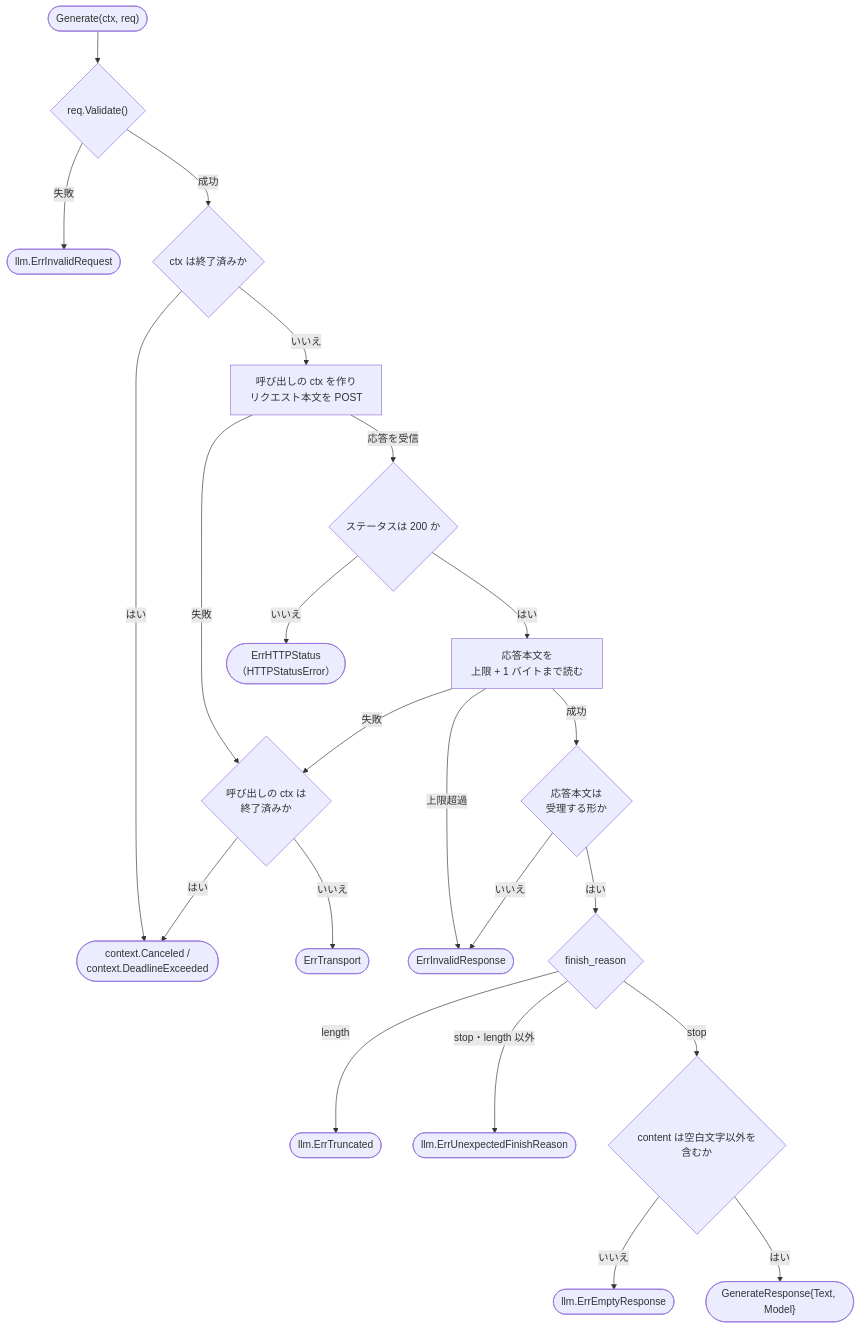
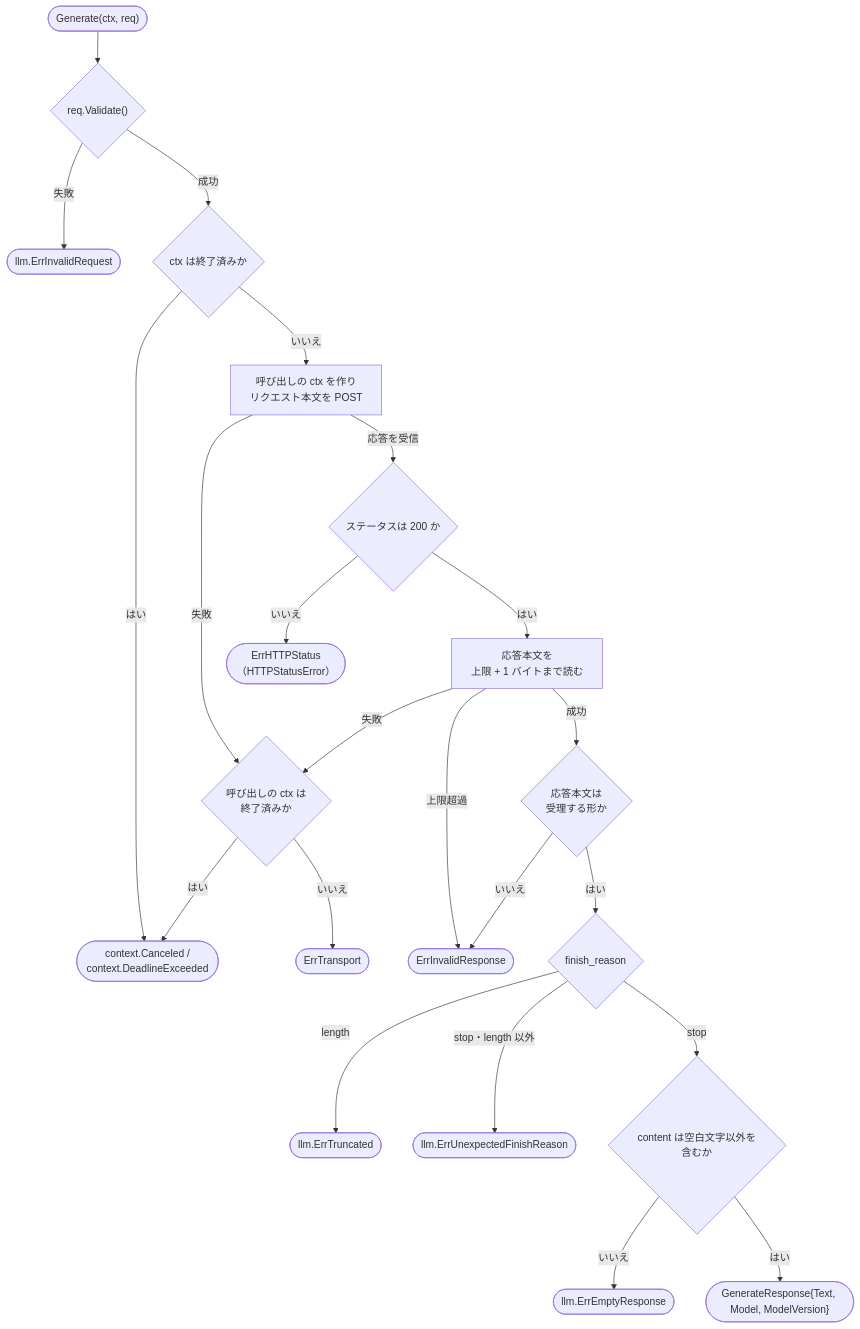
Before and after one commit to isseis/yt2column: the ninth of 9 diagrams in docs/tasks/0003_deepseek_llm_client/02_architecture.md, drawn with Mermaid. The commit also changed other lines of this file and 1 other file, not shown here.

First line of the commit message:
docs(0003): return system_fingerprint as GenerateResponse.ModelVersion

````diff
--- a/docs/tasks/0003_deepseek_llm_client/02_architecture.md
+++ b/docs/tasks/0003_deepseek_llm_client/02_architecture.md
@@ -706,24 +729,24 @@
 ```mermaid
 flowchart TD
     Start(["Generate(ctx, req)"]) --> Val{"req.Validate()"}
     Val -->|"失敗"| E1(["llm.ErrInvalidRequest"])
     Val -->|"成功"| Done0{"ctx は終了済みか"}
     Done0 -->|"はい"| E2(["context.Canceled /<br>context.DeadlineExceeded"])
     Done0 -->|"いいえ"| Send["呼び出しの ctx を作り<br>リクエスト本文を POST"]
     Send -->|"失敗"| Classify{"呼び出しの ctx は<br>終了済みか"}
     Send -->|"応答を受信"| Status{"ステータスは 200 か"}
     Status -->|"いいえ"| E3(["ErrHTTPStatus<br>（HTTPStatusError）"])
     Status -->|"はい"| Read["応答本文を<br>上限 + 1 バイトまで読む"]
     Read -->|"失敗"| Classify
     Read -->|"上限超過"| E4(["ErrInvalidResponse"])
     Read -->|"成功"| Shape{"応答本文は<br>受理する形か"}
     Shape -->|"いいえ"| E4
     Shape -->|"はい"| Finish{"finish_reason"}
     Finish -->|"length"| E5(["llm.ErrTruncated"])
     Finish -->|"stop・length 以外"| E6(["llm.ErrUnexpectedFinishReason"])
     Finish -->|"stop"| Empty{"content は空白文字以外を含むか"}
     Empty -->|"いいえ"| E7(["llm.ErrEmptyResponse"])
-    Empty -->|"はい"| OK(["GenerateResponse{Text, Model}"])
+    Empty -->|"はい"| OK(["GenerateResponse{Text, Model, ModelVersion}"])
     Classify -->|"はい"| E2
     Classify -->|"いいえ"| E8(["ErrTransport"])
 ```
````
